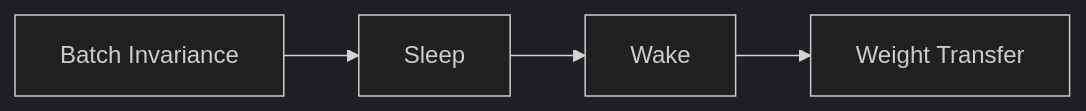
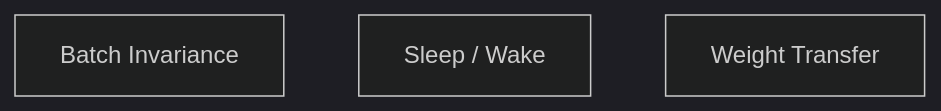
One commit to yjyang62/vllm-ascend changed the first of 5 diagrams in docs/source/developer_guide/performance_and_debug/rl_log_guide.md. Above: the diagram before and after it, drawn with Mermaid (dark theme). The commit also changed other lines of this file, not shown here.

````diff
--- a/docs/source/developer_guide/performance_and_debug/rl_log_guide.md
+++ b/docs/source/developer_guide/performance_and_debug/rl_log_guide.md
@@ -44,6 +44,6 @@
 ```mermaid
-flowchart LR
-    A[Batch Invariance] --> B[Sleep]
-    B --> C[Wake]
-    C --> D[Weight Transfer]
+flowchart TB
+    A[Batch Invariance]
+    B[Sleep / Wake]
+    C[Weight Transfer]
 ```
````
